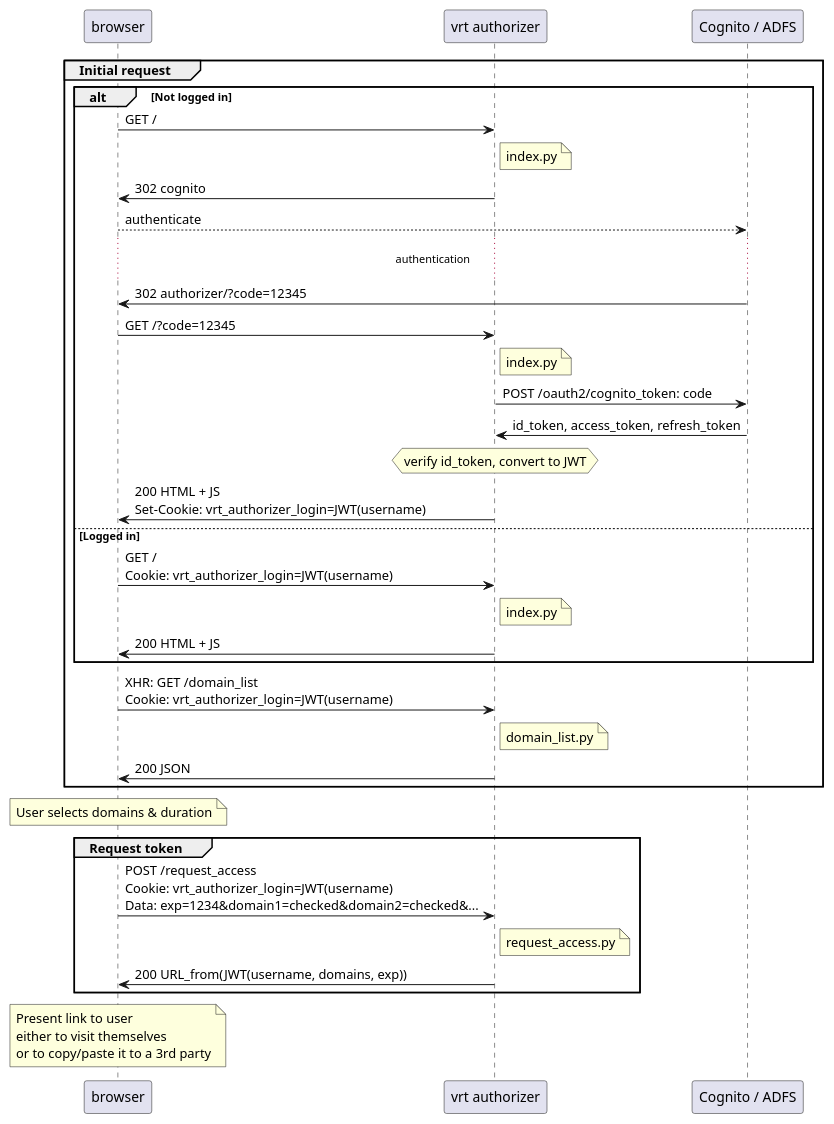
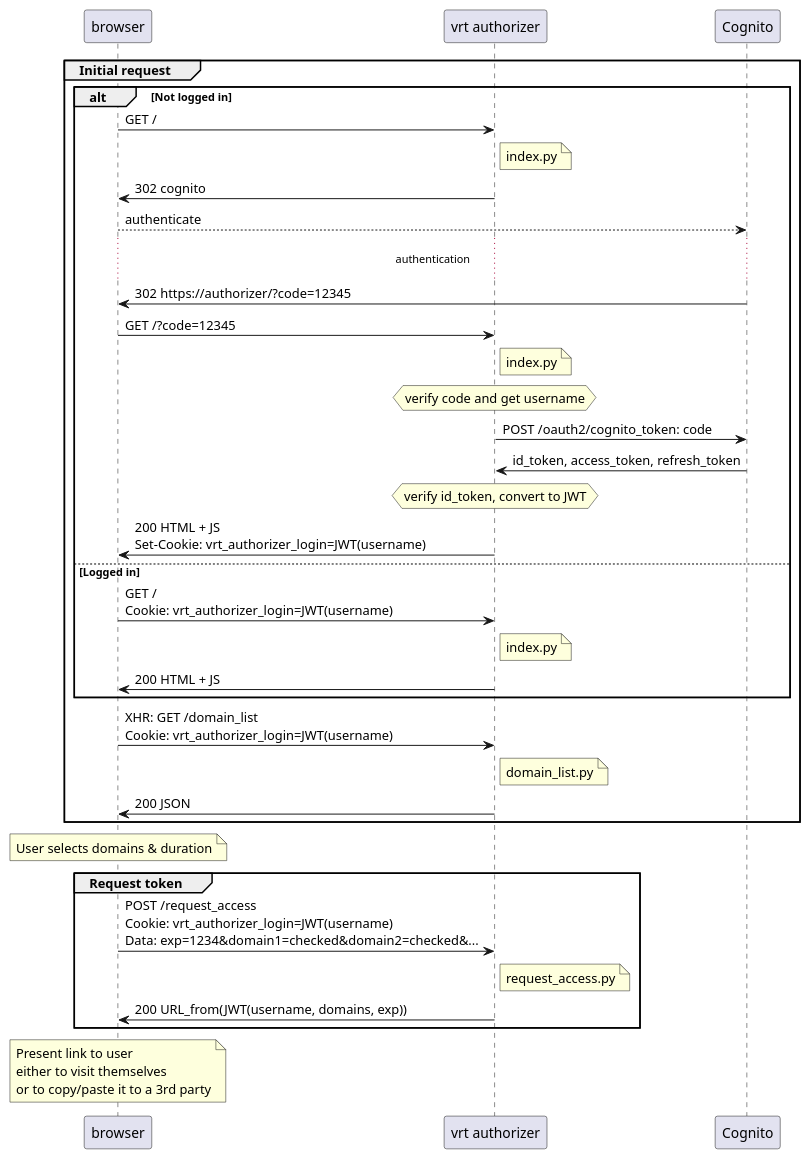
The diagram in doc/request_access.plantuml (vrtdev/aws-cloudfront-authorizer), drawn with PlantUML before and after one commit. The commit also changed 3 other files, not shown here.

```diff
--- a/doc/request_access.plantuml
+++ b/doc/request_access.plantuml
@@ -1,59 +1,60 @@
 @startuml
 
 participant browser
 participant "vrt authorizer" as auth
-participant "Cognito / ADFS" as cognito
+participant "Cognito" as cognito
 
 group Initial request
 
 alt Not logged in
 
 browser -> auth: GET /
 note right of auth: index.py
 browser <- auth: 302 cognito
 
 browser --> cognito: authenticate
 ...authentication...
-browser <- cognito: 302 authorizer/?code=12345
+browser <- cognito: 302 https://authorizer/?code=12345
 
 browser -> auth: GET /?code=12345
 note right of auth: index.py
+hnote over auth: verify code and get username
 auth -> cognito: POST /oauth2/cognito_token: code
 auth <- cognito: id_token, access_token, refresh_token
 hnote over auth: verify id_token, convert to JWT
 browser <- auth: 200 HTML + JS\nSet-Cookie: vrt_authorizer_login=JWT(username)
 
 else Logged in
 
 browser -> auth: GET /\nCookie: vrt_authorizer_login=JWT(username)
 note right of auth: index.py
 browser <- auth: 200 HTML + JS
 
 end
 
 browser -> auth: XHR: GET /domain_list\nCookie: vrt_authorizer_login=JWT(username)
 note right of auth: domain_list.py
 browser <- auth: 200 JSON
 
 end
 
 
 note over browser: User selects domains & duration
 
 
 group Request token
 
 browser -> auth: POST /request_access\nCookie: vrt_authorizer_login=JWT(username)\nData: exp=1234&domain1=checked&domain2=checked&...
 note right of auth: request_access.py
 browser <- auth: 200 URL_from(JWT(username, domains, exp))
 
 end
 
 
 note over browser
     Present link to user
     either to visit themselves
     or to copy/paste it to a 3rd party
 end note
 
 @enduml
```
